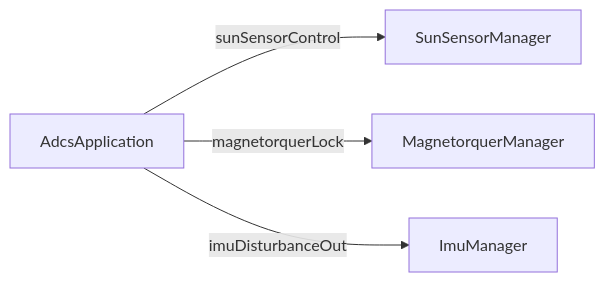
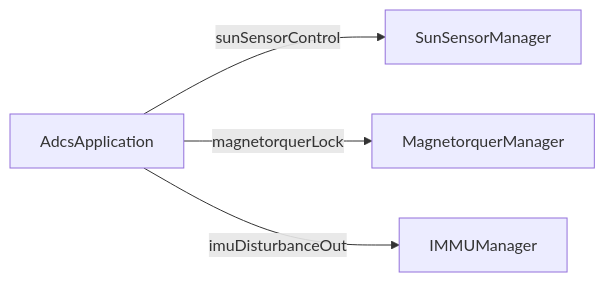
Before and after one commit to UWCubeSat/hs2-software-design: the third of 3 diagrams in docs/Adcs/AdcsApplication.md, drawn with Mermaid. The commit also changed other lines of this file, not shown here.

Commit message:
docs: rename ImuManager to IMMUManager

````diff
--- a/docs/Adcs/AdcsApplication.md
+++ b/docs/Adcs/AdcsApplication.md
@@ -171,6 +171,6 @@
 ```mermaid
 flowchart LR
     App["AdcsApplication"] -->|sunSensorControl| Sun["SunSensorManager"]
     App -->|magnetorquerLock| Mtq["MagnetorquerManager"]
-    App -->|imuDisturbanceOut| Imu["ImuManager"]
+    App -->|imuDisturbanceOut| Imu["IMMUManager"]
 ```
````
